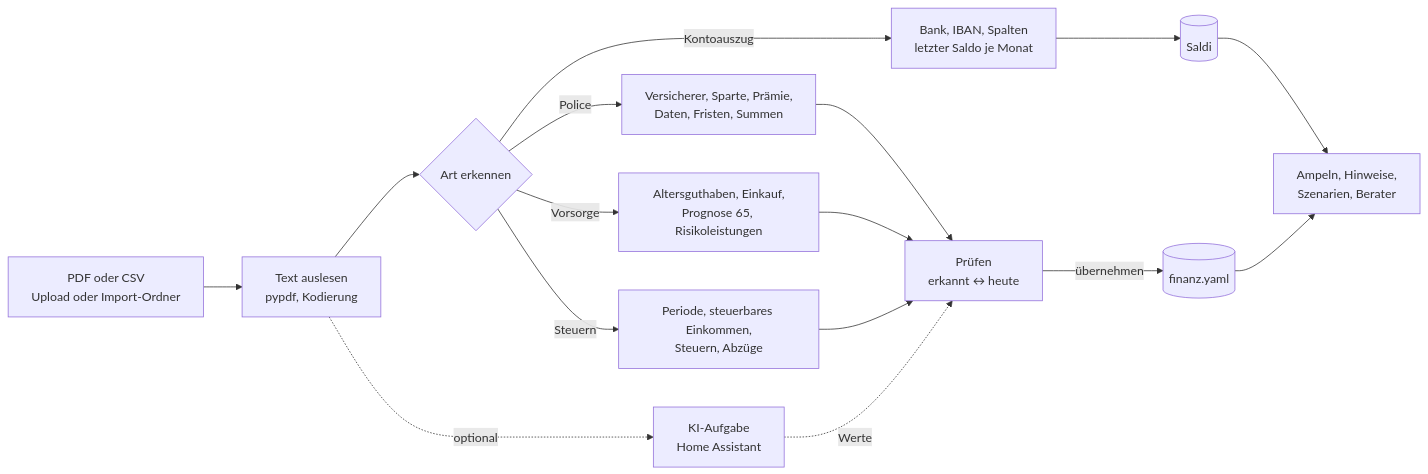
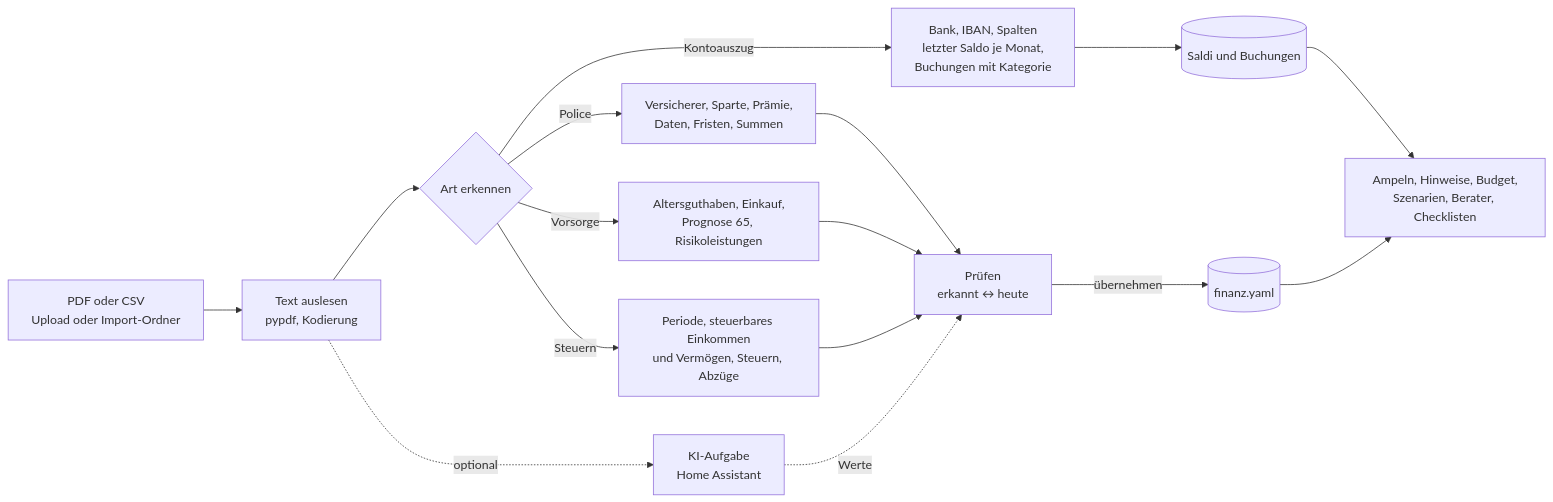
Before and after one commit to khu1985/finanz-ha: the diagram in docs/dokumente.mmd, drawn with Mermaid. The commit also changed 15 other files, not shown here.

First line of the commit message:
Doku: Diagramme auf Stand 0.16.0, automatische Prüfung der Dokumentation

```diff
--- a/docs/dokumente.mmd
+++ b/docs/dokumente.mmd
@@ -1,12 +1,12 @@
 flowchart LR
     U["PDF oder CSV<br/>Upload oder Import-Ordner"] --> T["Text auslesen<br/>pypdf, Kodierung"]
     T --> E{"Art erkennen"}
-    E -- Kontoauszug --> B["Bank, IBAN, Spalten<br/>letzter Saldo je Monat"]
+    E -- Kontoauszug --> B["Bank, IBAN, Spalten<br/>letzter Saldo je Monat,<br/>Buchungen mit Kategorie"]
     E -- Police --> V["Versicherer, Sparte, Prämie,<br/>Daten, Fristen, Summen"]
     E -- Vorsorge --> VO["Altersguthaben, Einkauf,<br/>Prognose 65, Risikoleistungen"]
-    E -- Steuern --> S["Periode, steuerbares Einkommen,<br/>Steuern, Abzüge"]
+    E -- Steuern --> S["Periode, steuerbares Einkommen<br/>und Vermögen, Steuern, Abzüge"]
     T -. optional .-> KI["KI-Aufgabe<br/>Home Assistant"] -. Werte .-> P
-    B --> DB[("Saldi")]
+    B --> DB[("Saldi und Buchungen")]
     V & VO & S --> P["Prüfen<br/>erkannt ↔ heute"]
     P -- übernehmen --> K[("finanz.yaml")]
-    DB & K --> A["Ampeln, Hinweise,<br/>Szenarien, Berater"]
+    DB & K --> A["Ampeln, Hinweise, Budget,<br/>Szenarien, Berater, Checklisten"]
```
